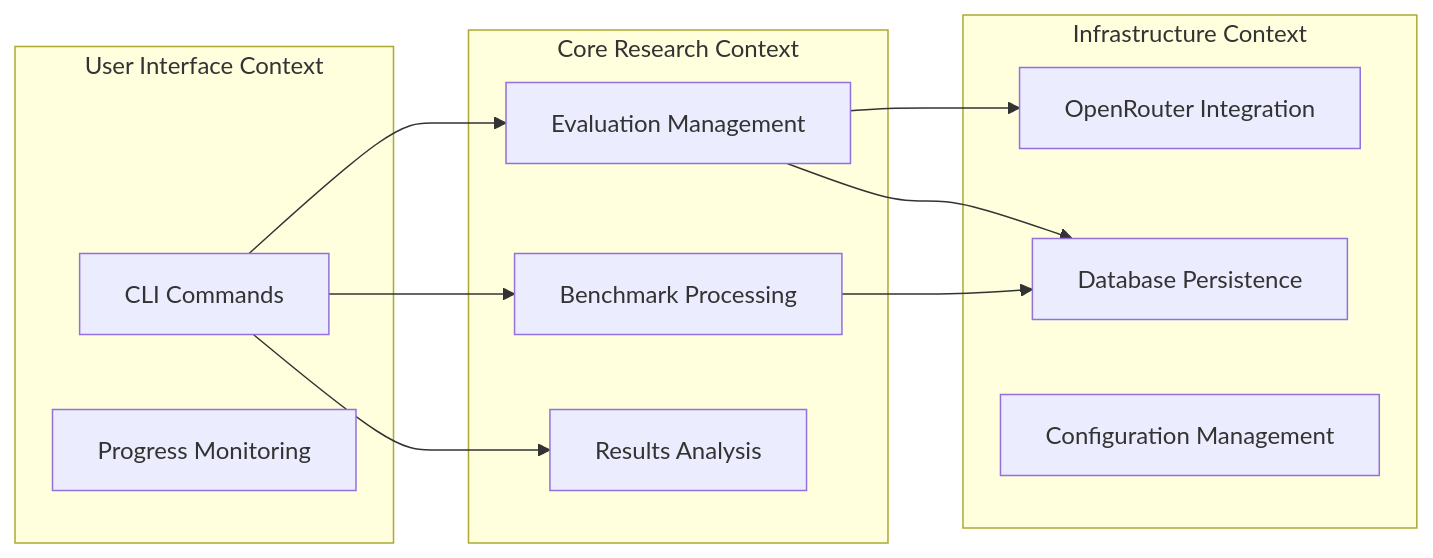
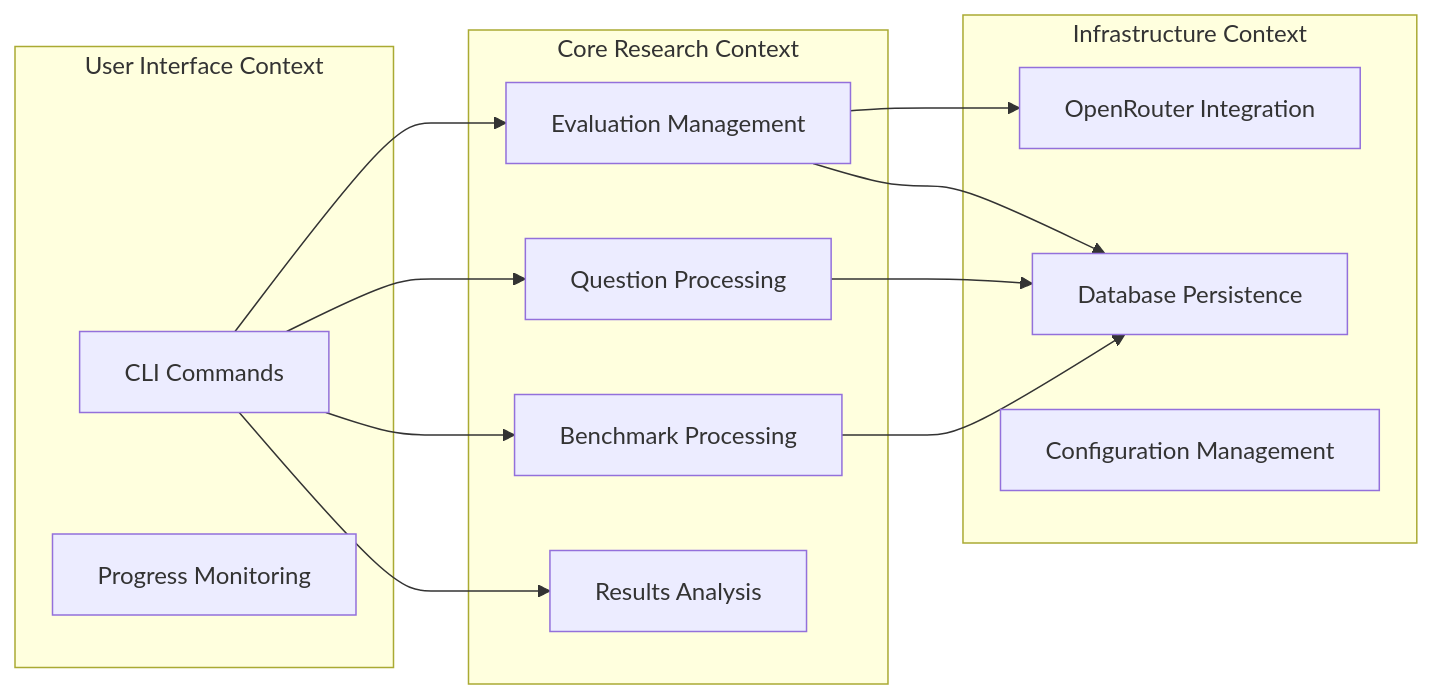
The second of 7 diagrams in documentation/v2-application-services-architecture.md (thompsonson/c4ai-ml-agents-v2), drawn with Mermaid before and after one commit. The commit also changed other lines of this file and 3 other files, not shown here.

Commit message:
docs: update documentation for individual question answer persistence

````diff
--- a/documentation/v2-application-services-architecture.md
+++ b/documentation/v2-application-services-architecture.md
@@ -28,26 +29,29 @@
 ```mermaid
 graph LR
     subgraph "Core Research Context"
         A[Evaluation Management]
-        B[Benchmark Processing]
-        C[Results Analysis]
+        B[Question Processing]
+        C[Benchmark Processing]
+        D[Results Analysis]
     end
 
     subgraph "Infrastructure Context"
-        D[OpenRouter Integration]
-        E[Database Persistence]
-        F[Configuration Management]
+        E[OpenRouter Integration]
+        F[Database Persistence]
+        G[Configuration Management]
     end
 
     subgraph "User Interface Context"
-        G[CLI Commands]
-        H[Progress Monitoring]
+        H[CLI Commands]
+        I[Progress Monitoring]
     end
 
-    A --> D
     A --> E
-    B --> E
-    G --> A
-    G --> B
-    G --> C
+    A --> F
+    B --> F
+    C --> F
+    H --> A
+    H --> B
+    H --> C
+    H --> D
 ```
````
